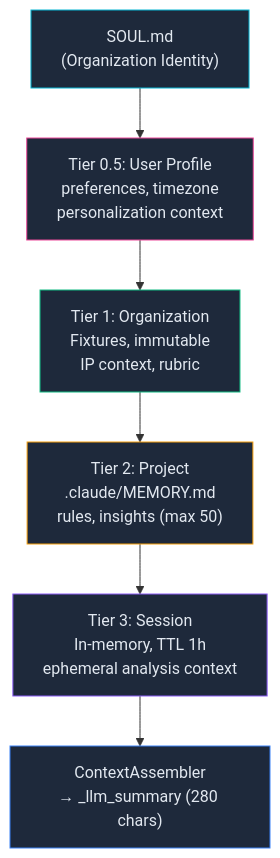
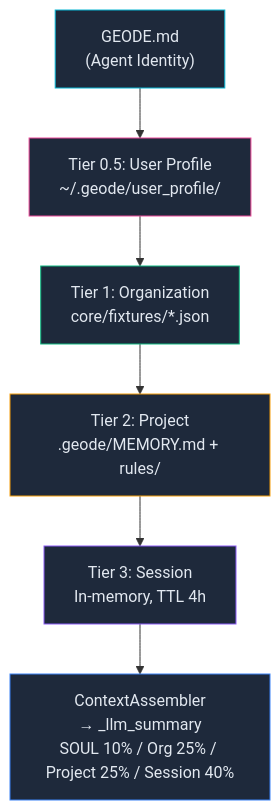
One commit to mangowhoiscloud/geode changed diagram 13 of 18 in docs/architecture.md. Above: the diagram before and after it, drawn with Mermaid. The commit also changed other lines of this file, not shown here.

First line of the commit message:
docs: Memory Architecture 정합성 수정 + Mermaid 겹침 해결

````diff
--- a/docs/architecture.md
+++ b/docs/architecture.md
@@ -406,15 +409,15 @@
 ```mermaid
 graph TB
-    Soul["SOUL.md<br/>(Organization Identity)"] --> UProf["Tier 0.5: User Profile<br/>preferences, timezone<br/>personalization context"]
-    UProf --> Org["Tier 1: Organization<br/>Fixtures, immutable<br/>IP context, rubric"]
-    Org --> Proj["Tier 2: Project<br/>.claude/MEMORY.md<br/>rules, insights (max 50)"]
-    Proj --> Sess["Tier 3: Session<br/>In-memory, TTL 1h<br/>ephemeral analysis context"]
-    Sess --> Asm["ContextAssembler<br/>→ _llm_summary (280 chars)"]
+    Soul["GEODE.md<br/>(Agent Identity)"] --> UProf["Tier 0.5: User Profile<br/>~/.geode/user_profile/"]
+    UProf --> Org["Tier 1: Organization<br/>core/fixtures/*.json"]
+    Org --> Proj["Tier 2: Project<br/>.geode/MEMORY.md + rules/"]
+    Proj --> Sess["Tier 3: Session<br/>In-memory, TTL 4h"]
+    Sess --> Asm["ContextAssembler<br/>→ _llm_summary<br/>SOUL 10% / Org 25% / Project 25% / Session 40%"]
 
     style Soul fill:#1e293b,stroke:#06b6d4,color:#e2e8f0
     style UProf fill:#1e293b,stroke:#ec4899,color:#e2e8f0
     style Org fill:#1e293b,stroke:#10b981,color:#e2e8f0
     style Proj fill:#1e293b,stroke:#f59e0b,color:#e2e8f0
     style Sess fill:#1e293b,stroke:#8b5cf6,color:#e2e8f0
     style Asm fill:#1e293b,stroke:#3b82f6,color:#e2e8f0
 ```
````
